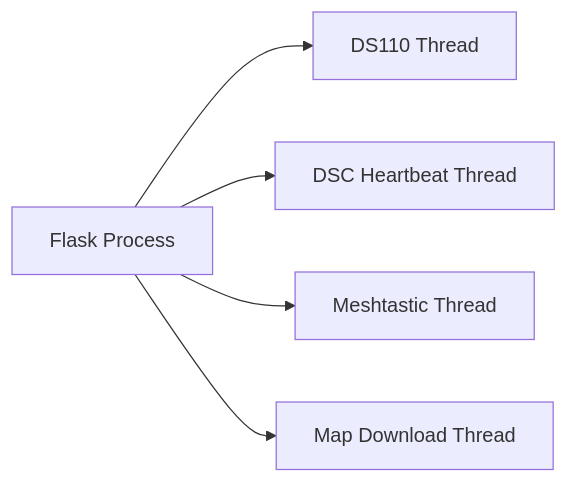
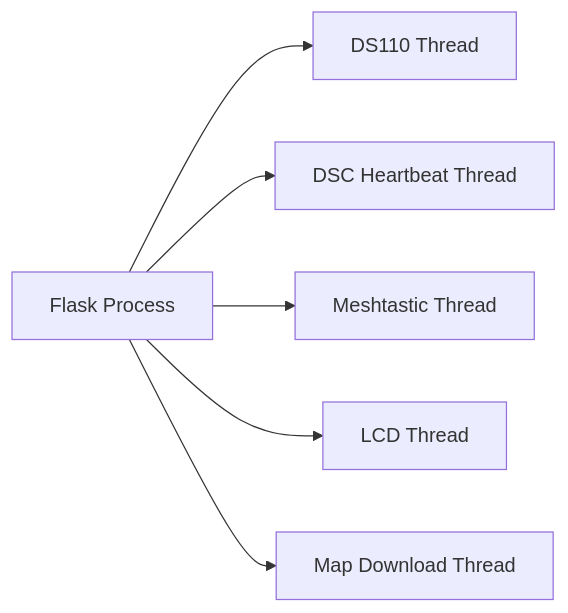
One commit to iz0qwm/drone_detector_antsdr_dronescout changed the third of 3 diagrams in tracker-mini/frontend/help/docs/developer/services.md. Above: the diagram before and after it, drawn with Mermaid. The commit also changed other lines of this file and 19 other files, not shown here.

````diff
--- a/tracker-mini/frontend/help/docs/developer/services.md
+++ b/tracker-mini/frontend/help/docs/developer/services.md
@@ -132,14 +134,16 @@
 ```mermaid
 flowchart LR
 
     Flask["Flask Process"]
     DS110["DS110 Thread"]
     DSC["DSC Heartbeat Thread"]
     Mesh["Meshtastic Thread"]
+    LCD["LCD Thread"]
     Download["Map Download Thread"]
 
     Flask --> DS110
     Flask --> DSC
     Flask --> Mesh
+    Flask --> LCD
     Flask --> Download
 ```
````
